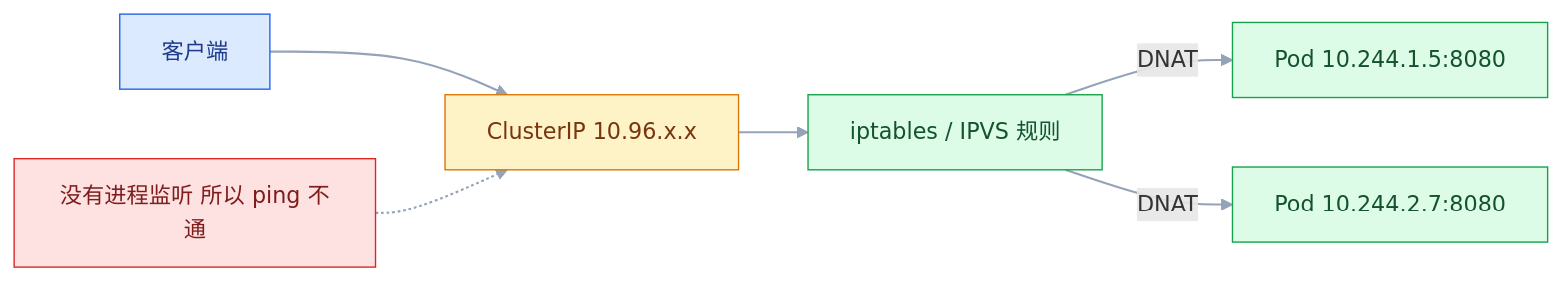
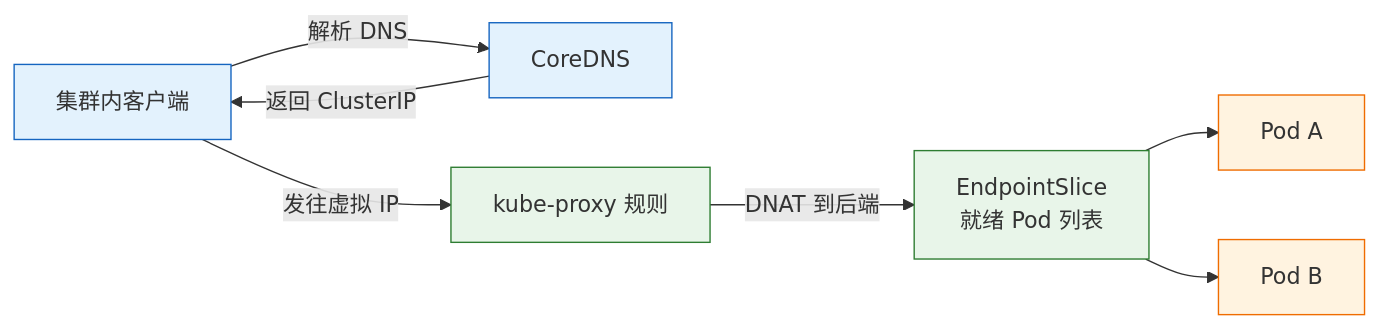
The second of 4 diagrams in blog/src/notes/07-运维/03-容器与编排/05-Kubernetes资源对象.md (jimbosuper/studynotes), drawn with Mermaid before and after one commit. The commit also changed other lines of this file and 367 other files, not shown here.

````diff
--- a/blog/src/notes/07-运维/03-容器与编排/05-Kubernetes资源对象.md
+++ b/blog/src/notes/07-运维/03-容器与编排/05-Kubernetes资源对象.md
@@ -776,14 +747,15 @@
 ```mermaid
 flowchart LR
-    classDef client fill:#DBEAFE,stroke:#2563EB,color:#1E3A8A
-    classDef service fill:#DCFCE7,stroke:#16A34A,color:#14532D
-    classDef warn fill:#FEF3C7,stroke:#D97706,color:#78350F
-    classDef bad fill:#FEE2E2,stroke:#DC2626,color:#7F1D1D
-
-    C["客户端"]:::client --> V["ClusterIP 10.96.x.x"]:::warn
-    V --> R["iptables / IPVS 规则"]:::service
-    R -->|"DNAT"| P1["Pod 10.244.1.5:8080"]:::service
-    R -->|"DNAT"| P2["Pod 10.244.2.7:8080"]:::service
-    N["没有进程监听 所以 ping 不通"]:::bad -.-> V
-    linkStyle default stroke:#94A3B8,stroke-width:1.5px
+    C["集群内客户端"] -->|"解析 DNS"| DNS["CoreDNS"]
+    DNS -->|"返回 ClusterIP"| C
+    C -->|"发往虚拟 IP"| KP["kube-proxy 规则"]
+    KP -->|"DNAT 到后端"| EP["EndpointSlice<br/>就绪 Pod 列表"]
+    EP --> P1["Pod A"]
+    EP --> P2["Pod B"]
+    classDef client fill:#e3f2fd,stroke:#1565c0;
+    classDef engine fill:#e8f5e9,stroke:#2e7d32;
+    classDef image fill:#fff3e0,stroke:#ef6c00;
+    class C,DNS client
+    class KP,EP engine
+    class P1,P2 image
 ```
````
